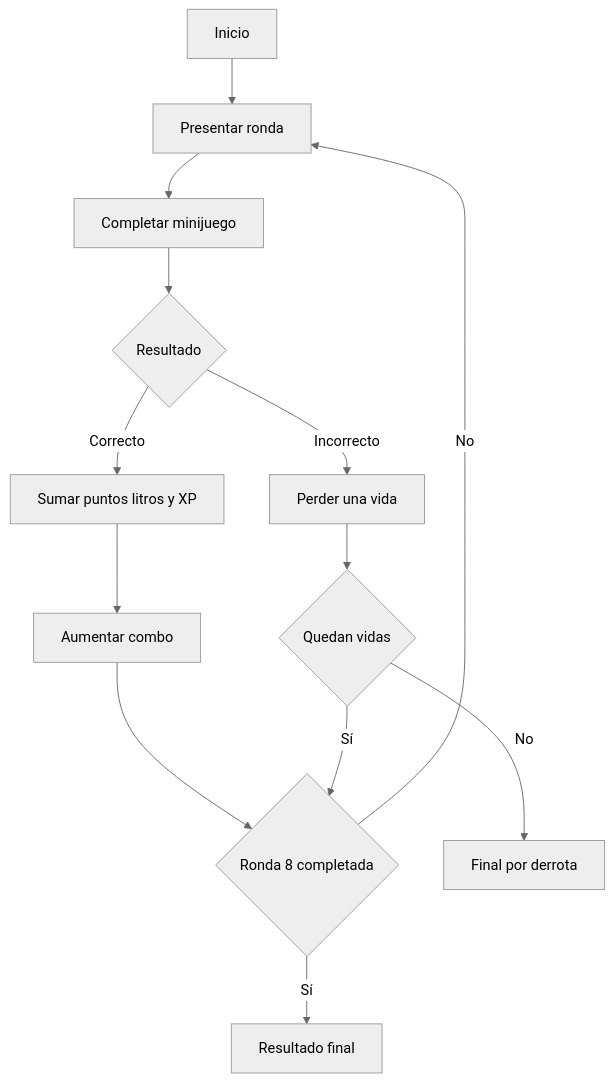
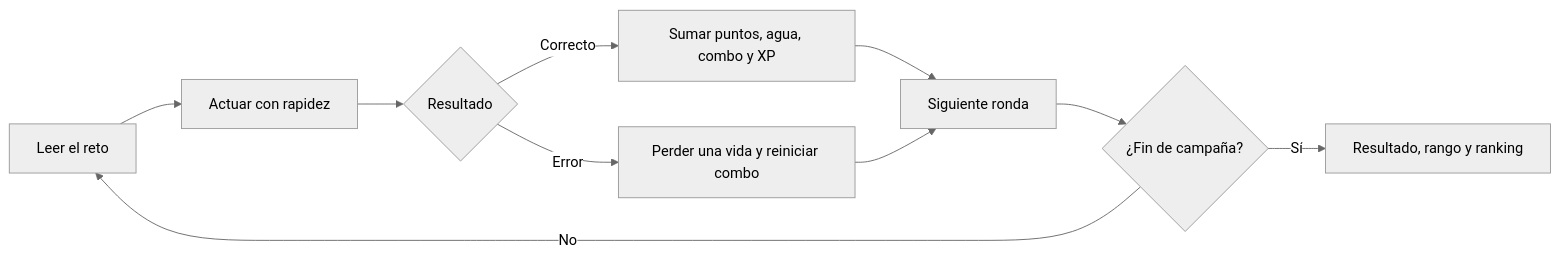
The diagram in juegos/waterfest/README.md (katfipol/game-development-portfolio), drawn with Mermaid (neutral theme) before and after one commit. The commit also changed other lines of this file and 9 other files, not shown here.

````diff
--- a/juegos/waterfest/README.md
+++ b/juegos/waterfest/README.md
@@ -188,15 +139,12 @@
 ```mermaid
-flowchart TD
-    A[Inicio] --> B[Presentar ronda]
-    B --> C[Completar minijuego]
-    C --> D{Resultado}
-    D -->|Correcto| E[Sumar puntos litros y XP]
-    D -->|Incorrecto| F[Perder una vida]
-    E --> G[Aumentar combo]
-    F --> H{Quedan vidas}
-    G --> I{Ronda 8 completada}
-    H -->|Sí| I
-    H -->|No| J[Final por derrota]
-    I -->|No| B
-    I -->|Sí| K[Resultado final]
+flowchart LR
+    A[Leer el reto] --> B[Actuar con rapidez]
+    B --> C{Resultado}
+    C -->|Correcto| D[Sumar puntos, agua, combo y XP]
+    C -->|Error| E[Perder una vida y reiniciar combo]
+    D --> F[Siguiente ronda]
+    E --> F
+    F --> G{¿Fin de campaña?}
+    G -->|No| A
+    G -->|Sí| H[Resultado, rango y ranking]
 ```
````
